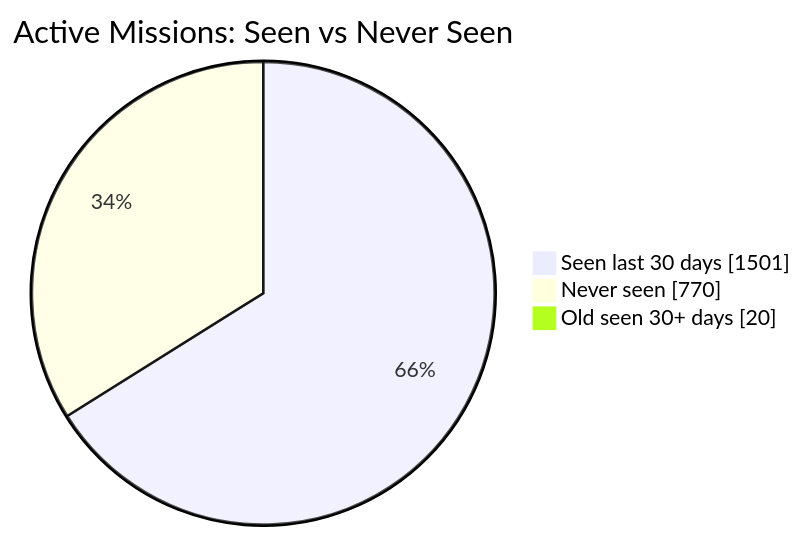
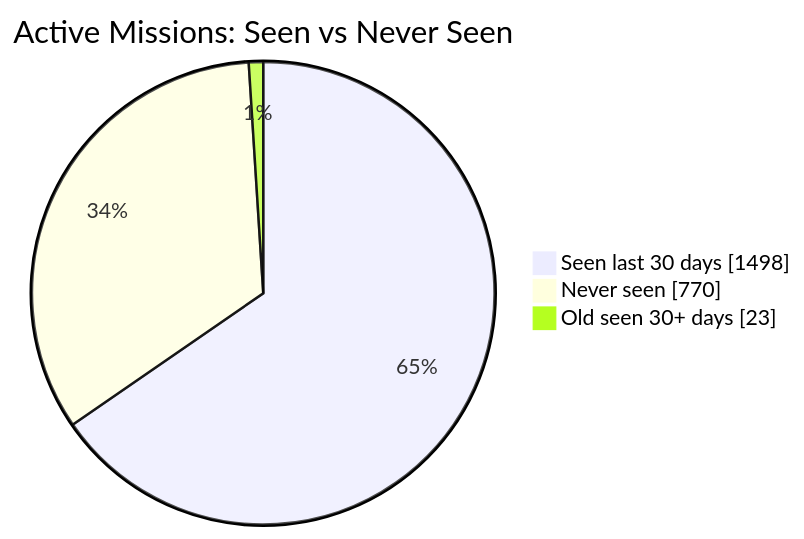
The first of 2 diagrams in README.md (MeldkamerspelGameTeam/active-missions), drawn with Mermaid before and after one commit. The commit also changed other lines of this file and 3 other files, not shown here.

````diff
--- a/README.md
+++ b/README.md
@@ -34,7 +34,7 @@
 ```mermaid
 pie showData
     title Active Missions: Seen vs Never Seen
-    "Seen last 30 days" : 1501
+    "Seen last 30 days" : 1498
     "Never seen" : 770
-    "Old seen 30+ days" : 20
+    "Old seen 30+ days" : 23
 ```
````
